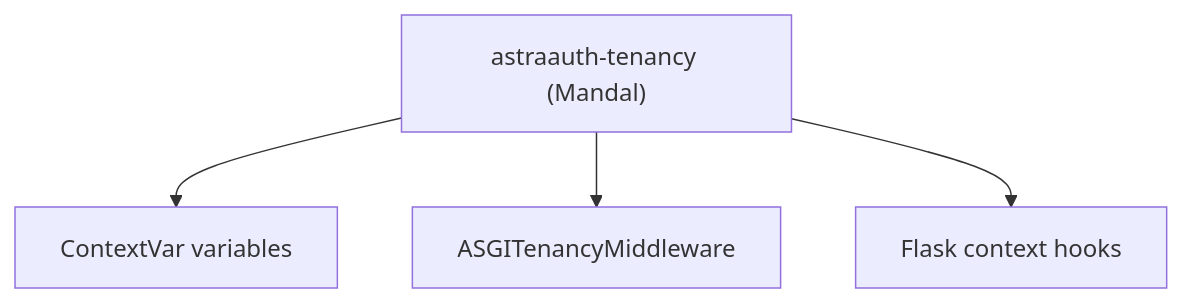
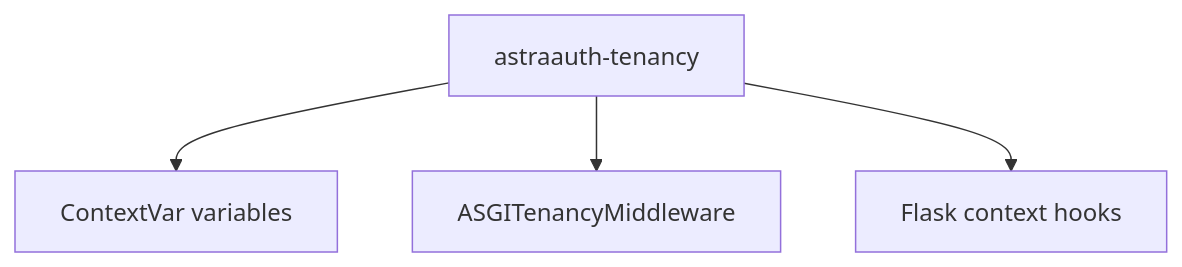
Diagram 17 of 17 in docs/about/package_detailed_references.md (groverankur/Astra), drawn with Mermaid before and after one commit. The commit also changed other lines of this file and 59 other files, not shown here.

````diff
--- a/docs/about/package_detailed_references.md
+++ b/docs/about/package_detailed_references.md
@@ -401,11 +402,11 @@
 ```mermaid
 graph TD
-    Tenancy["astraauth-tenancy (Mandal)"]
+    Tenancy["astraauth-tenancy"]
     Context["ContextVar variables"]
     ASGI["ASGITenancyMiddleware"]
     Flask["Flask context hooks"]
 
     Tenancy --> Context
     Tenancy --> ASGI
     Tenancy --> Flask
 ```
````
